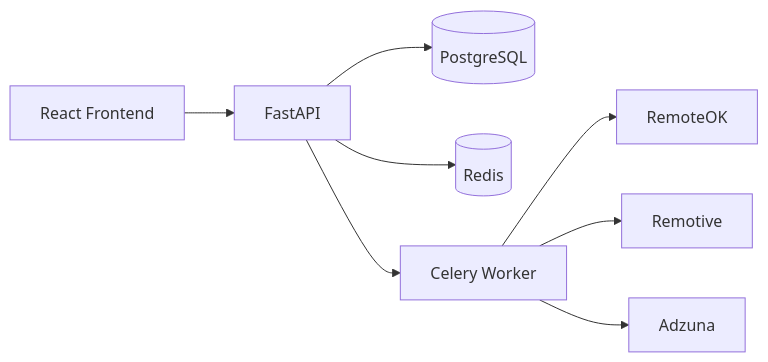
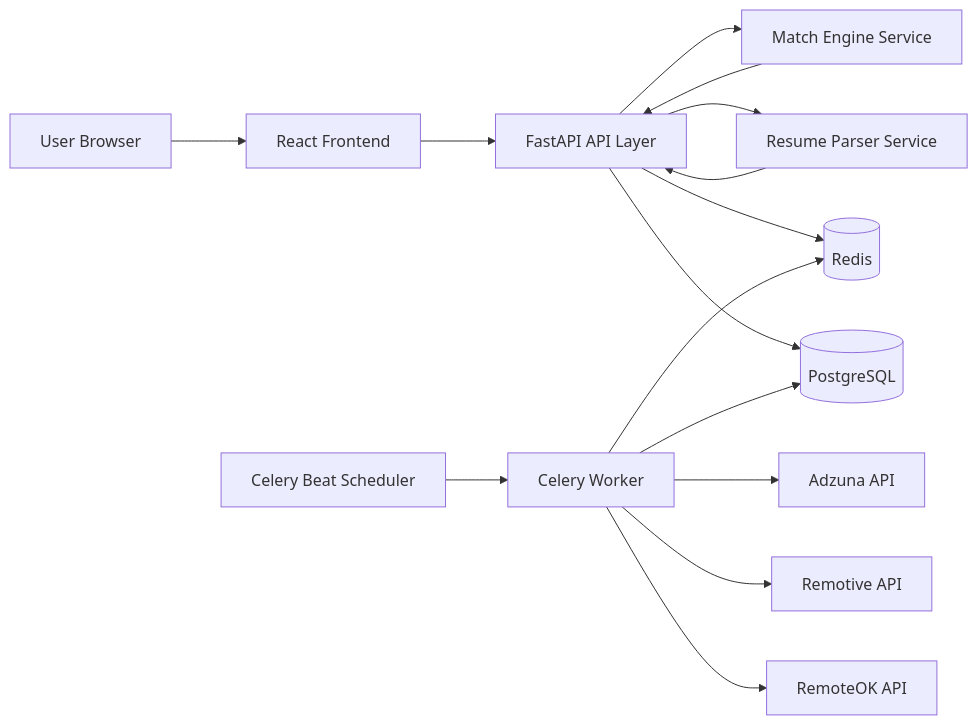
One commit to nishant2-1/Real-Time-Job-Board-Aggregator-with-Skill-Match-Engine changed the diagram in README.md. Above: the diagram before and after it, drawn with Mermaid. The commit also changed other lines of this file, not shown here.

Commit message:
docs: rewrite README with architecture and system design

````diff
--- a/README.md
+++ b/README.md
@@ -19,10 +81,21 @@
 ```mermaid
 flowchart LR
-  FE[React Frontend] --> API[FastAPI]
+  U[User Browser] --> FE[React Frontend]
+  FE --> API[FastAPI API Layer]
+
   API --> PG[(PostgreSQL)]
   API --> RD[(Redis)]
-  API --> CW[Celery Worker]
-  CW --> ROK[RemoteOK]
-  CW --> REM[Remotive]
-  CW --> ADZ[Adzuna]
+
+  CB[Celery Beat Scheduler] --> CW[Celery Worker]
+  CW --> ROK[RemoteOK API]
+  CW --> REM[Remotive API]
+  CW --> ADZ[Adzuna API]
+
+  CW --> PG
+  CW --> RD
+
+  API --> RS[Resume Parser Service]
+  API --> MM[Match Engine Service]
+  RS --> API
+  MM --> API
 ```
````
